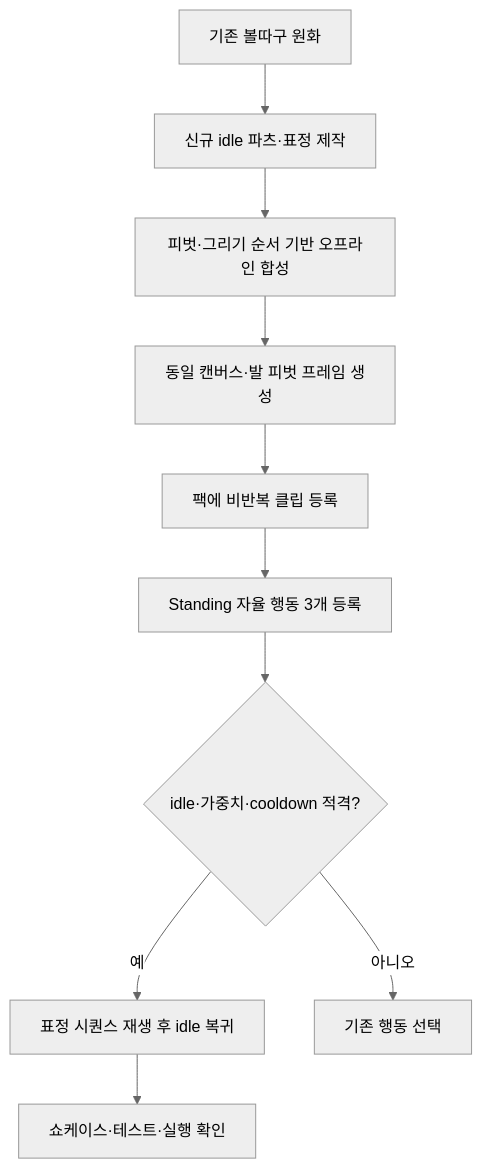
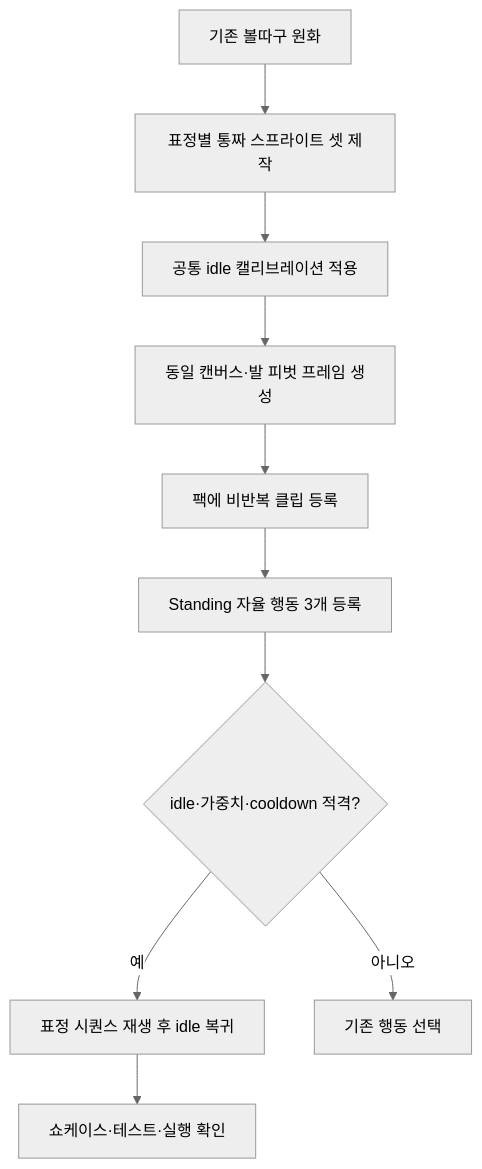
The second of 3 diagrams in docs/design/0012-idle-expression-variants.md (JJHbrams/win-overlay), drawn with Mermaid (neutral theme) before and after one commit. The commit also changed other lines of this file and 62 other files, not shown here.

````diff
--- a/docs/design/0012-idle-expression-variants.md
+++ b/docs/design/0012-idle-expression-variants.md
@@ -65,12 +66,12 @@
 ```mermaid
 flowchart TD
-  A["기존 볼따구 원화"] --> B["신규 idle 파츠·표정 제작"]
-  B --> C["피벗·그리기 순서 기반 오프라인 합성"]
+  A["기존 볼따구 원화"] --> B["표정별 통짜 스프라이트 셋 제작"]
+  B --> C["공통 idle 캘리브레이션 적용"]
   C --> C2["동일 캔버스·발 피벗 프레임 생성"]
   C2 --> D["팩에 비반복 클립 등록"]
   D --> E["Standing 자율 행동 3개 등록"]
   E --> F{"idle·가중치·cooldown 적격?"}
   F -->|예| G["표정 시퀀스 재생 후 idle 복귀"]
   F -->|아니오| H["기존 행동 선택"]
   G --> I["쇼케이스·테스트·실행 확인"]
 ```
````
